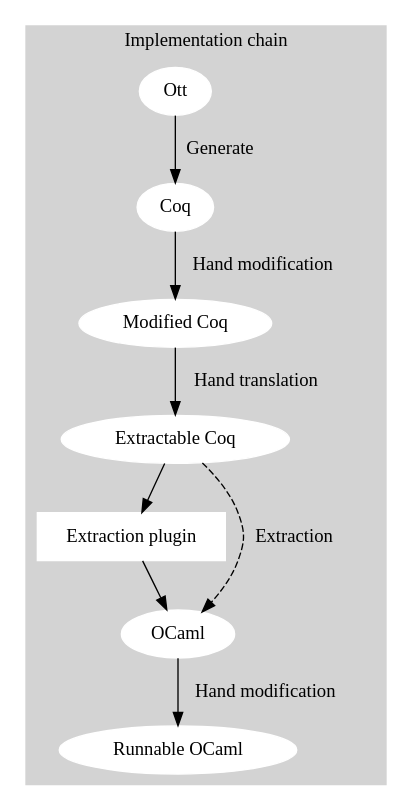
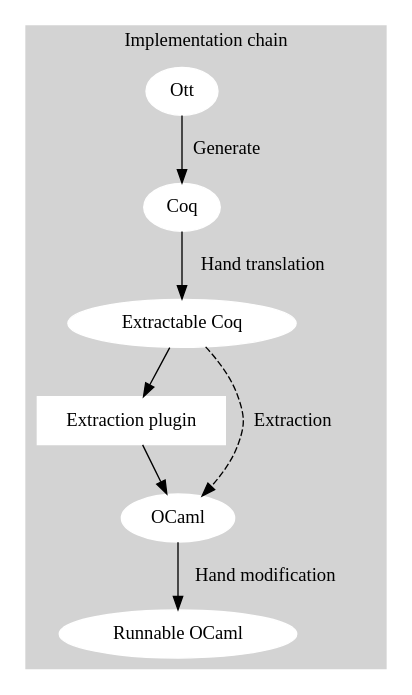
The diagram in implOut.dot (tk407/mocaml), drawn with Graphviz before and after one commit. The commit also changed 18 other files, not shown here.

```diff
--- a/implOut.dot
+++ b/implOut.dot
@@ -1,68 +1,67 @@
 digraph G {
 //compound=true;
 subgraph cluster0 {
 rankdir=LR;
 node [style=filled,color=white];
 style=filled;
 color=lightgrey;
 "Extraction plugin" [shape=box];
 "Ott" -> "Coq" [label="Generate"];
-"Coq" -> "Modified Coq" [label="Hand modification"];
-"Modified Coq" -> "Extractable Coq" [label="Hand translation"];
+"Coq" -> "Extractable Coq" [label="Hand translation"];
 "Extractable Coq" -> "Extraction plugin";
 "Extraction plugin" -> "OCaml";
 "OCaml" -> "Runnable OCaml" [label="Hand modification"];
 "Extractable Coq" -> "OCaml" [style=dashed, label="Extraction"];
 // "Modified Coq" -> "Extractable Coq" [style=dashed];
 label = "Implementation chain";
 }
 /*
 subgraph cluster1 {
 node [style=filled];
  "Weak bisimilarity" -> "Monadic proofs" [style=dashed];
  "Monadic proofs" -> "Fork properties" [style=dashed];
 "Equivalence proof";
 label = "Proof chain";
 color=blue
 }
 "Modified Coq" -> "Weak bisimilarity" [style=dashed];
 "Fork properties" -> "Modified Coq"[style=dotted];
 "Monadic proofs" -> "Modified Coq"[style=dotted];
 "Equivalence proof" -> "Modified Coq"[style=dotted];
 "Equivalence proof" -> "Extractable Coq"[style=dotted];
  "Extractable Coq" -> "Equivalence proof" [style=dashed];
 subgraph clusterExternal {
 node [style=filled,color=white];
 "Extraction plugin" [shape=box];
 "Extraction plugin" -> "Extractable Coq" [style=dashed];
 "LibTactics" [shape=box];
 "LibTactics" -> "Fork properties" [style=dashed];
 "WeakUpTo Library" -> "Weak bisimilarity" [style=dashed];
 label = "External libraries";
 };
 
 subgraph clusterProofLegend {
 node [style=filled,color=white];
 proofL [label="Proof", shape=box];
 objL  [label="Object", shape=box];
 proofL -> objL [style=dotted];
 label = "Proof about an object";
 };
 
 subgraph clusterIncludeLegend {
 node [style=filled,color=white];
 aInclude [label="A", shape=box];
 bInclude [label="B", shape=box];
 aInclude -> bInclude [style=dashed];
 label = "B includes A";
 };
 subgraph clusterOriginLegend {
 rank=sink;
 node [style=filled,color=white];
 aOrigin [label="A", shape=box];
 bOrigin [label="B", shape=box];
 aOrigin -> bOrigin;
 label = "B generated from A";
 };
 */
 }
```
